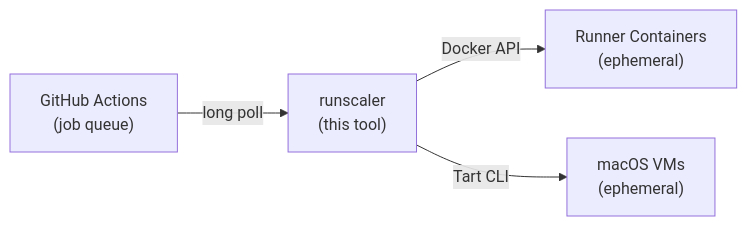
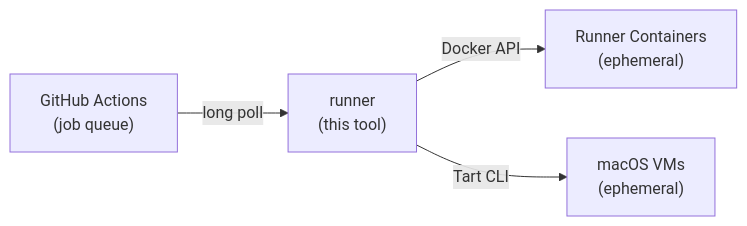
The diagram in README.md (ysya/runscaler), drawn with Mermaid before and after one commit. The commit also changed other lines of this file and 3 other files, not shown here.

Commit message:
docs: rename runscaler to runner across docs and install script

````diff
--- a/README.md
+++ b/README.md
@@ -33,6 +34,6 @@
 ```mermaid
 flowchart LR
-    A["GitHub Actions<br/>(job queue)"] -- long poll --> B["runscaler<br/>(this tool)"]
+    A["GitHub Actions<br/>(job queue)"] -- long poll --> B["runner<br/>(this tool)"]
     B -- Docker API --> C["Runner Containers<br/>(ephemeral)"]
     B -- Tart CLI --> D["macOS VMs<br/>(ephemeral)"]
 ```
````
